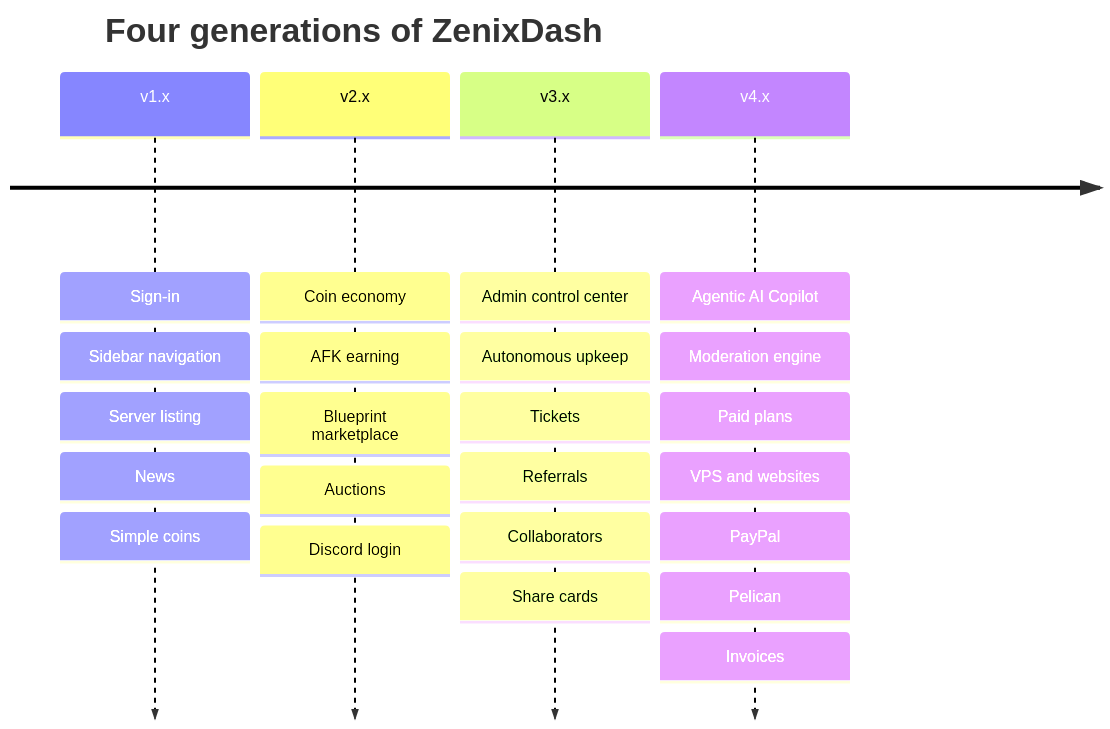
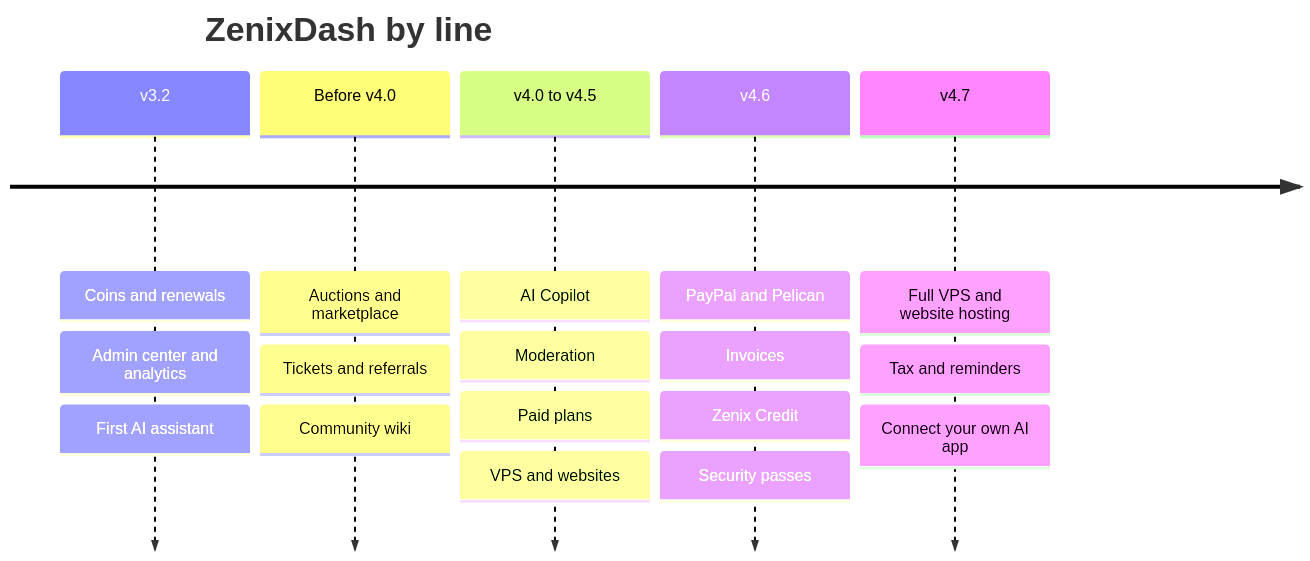
One commit to Zenix-Developers/ZenixDash-Showcase changed the diagram in VERSIONS.md. Above: the diagram before and after it, drawn with Mermaid. The commit also changed other lines of this file and 1 other file, not shown here.

Commit message:
Rewrite the ZenixDash showcase for v4.7.0: current features from the code, accurate release timeline

````diff
--- a/VERSIONS.md
+++ b/VERSIONS.md
@@ -9,8 +9,9 @@
 ```mermaid
 timeline
-    title Four generations of ZenixDash
-    v1.x : Sign-in : Sidebar navigation : Server listing : News : Simple coins
-    v2.x : Coin economy : AFK earning : Blueprint marketplace : Auctions : Discord login
-    v3.x : Admin control center : Autonomous upkeep : Tickets : Referrals : Collaborators : Share cards
-    v4.x : Agentic AI Copilot : Moderation engine : Paid plans : VPS and websites : PayPal : Pelican : Invoices
+    title ZenixDash by line
+    v3.2 : Coins and renewals : Admin center and analytics : First AI assistant
+    Before v4.0 : Auctions and marketplace : Tickets and referrals : Community wiki
+    v4.0 to v4.5 : AI Copilot : Moderation : Paid plans : VPS and websites
+    v4.6 : PayPal and Pelican : Invoices : Zenix Credit : Security passes
+    v4.7 : Full VPS and website hosting : Tax and reminders : Connect your own AI app
 ```
````
